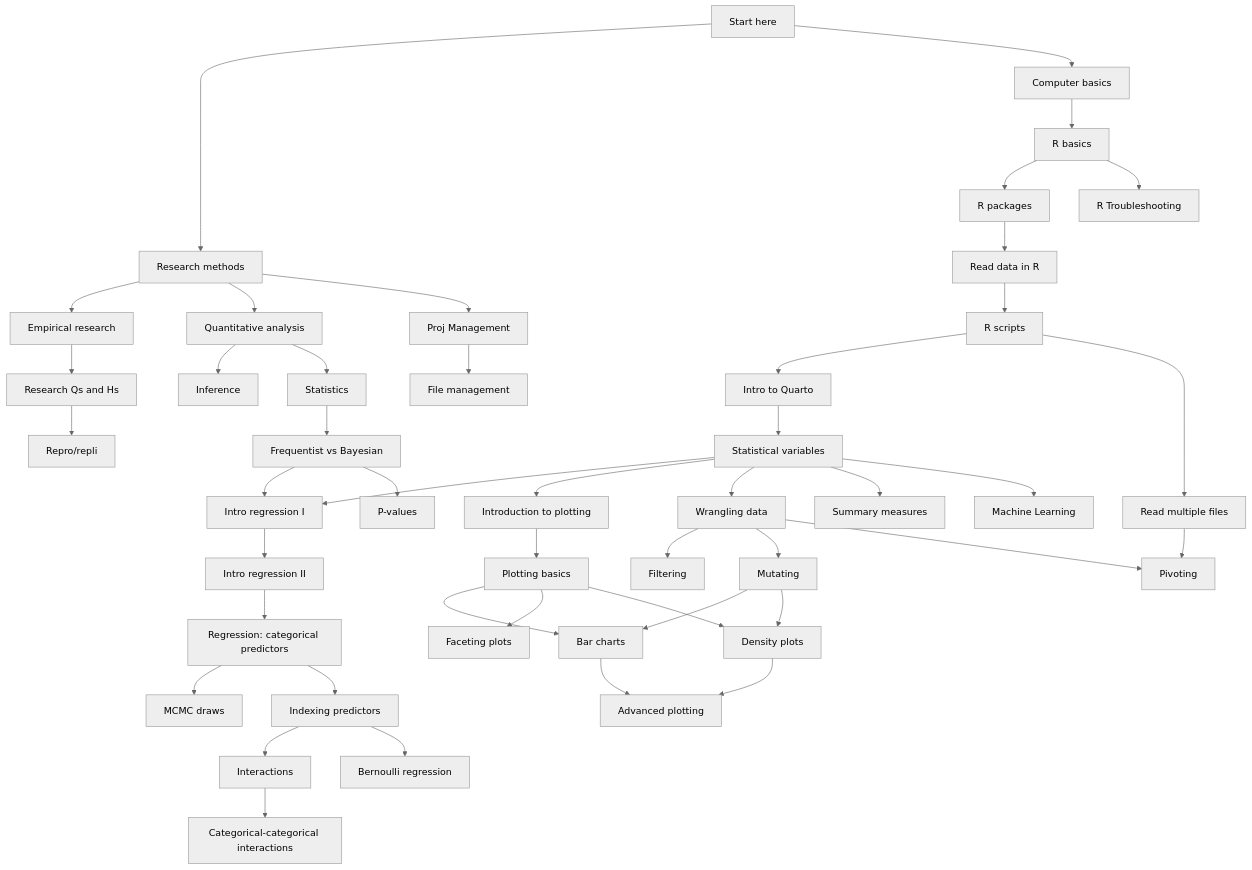
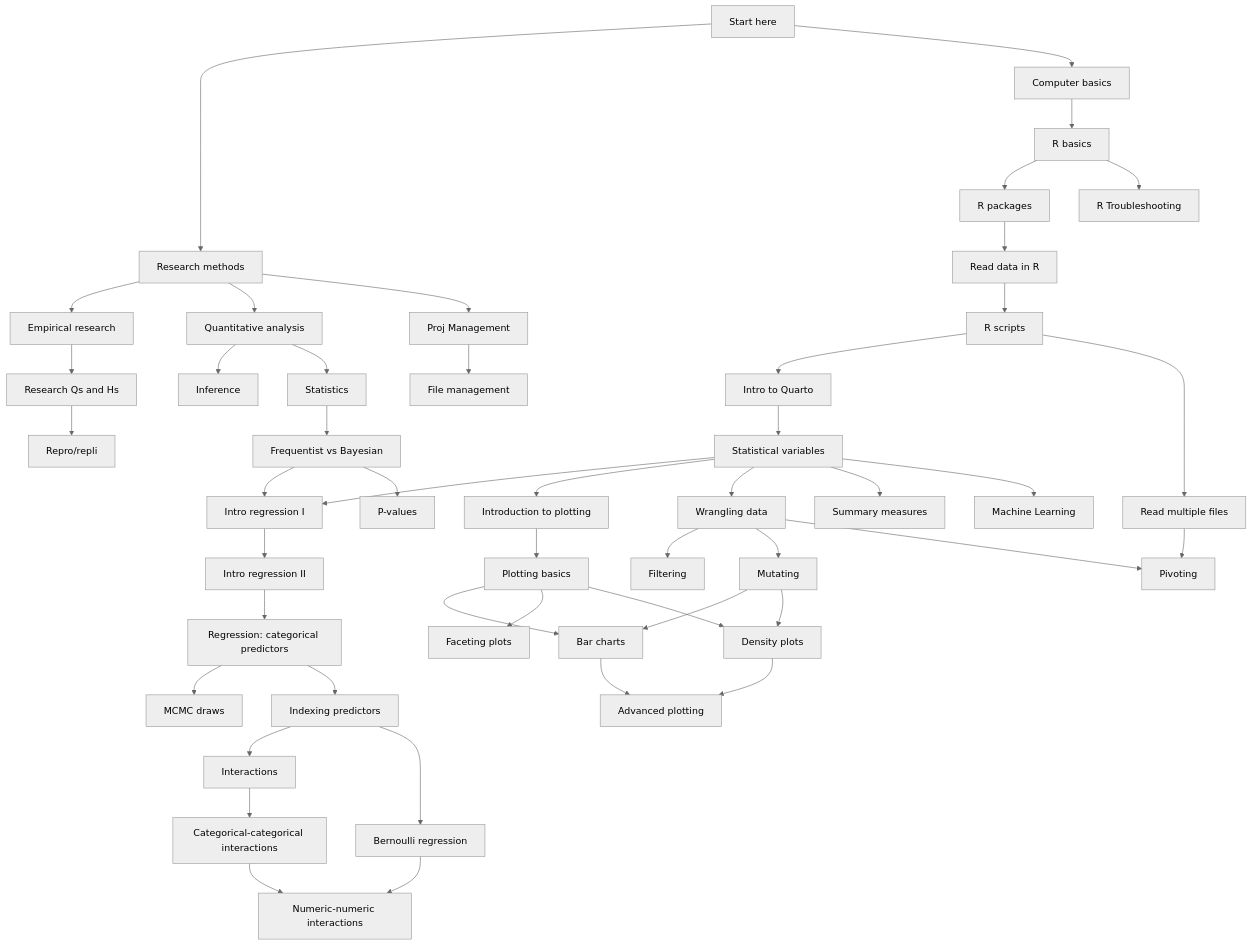
Before and after one commit to uoelel/qml: the diagram in map.qmd, drawn with Mermaid (neutral theme). The commit also changed other lines of this file and 48 other files, not shown here.

````diff
--- a/map.qmd
+++ b/map.qmd
@@ -98,6 +98,8 @@
   click W href "posts/regression-interactions-catcat.html" "Go to page"
   X[Bernoulli regression]
   click X href "posts/regression-bernoulli.html" "Go to page"
+  AQ[Numeric-numeric interactions]
+  click AQ href "posts/regression-interactions-numnum.html" "Go to page"
   
   A --> B & C
   
@@ -133,5 +135,7 @@
   J --> R --> S --> T & U
   U --> V & X
   V --> W
+  W --> AQ
+  X --> AQ
   
 ```
````
